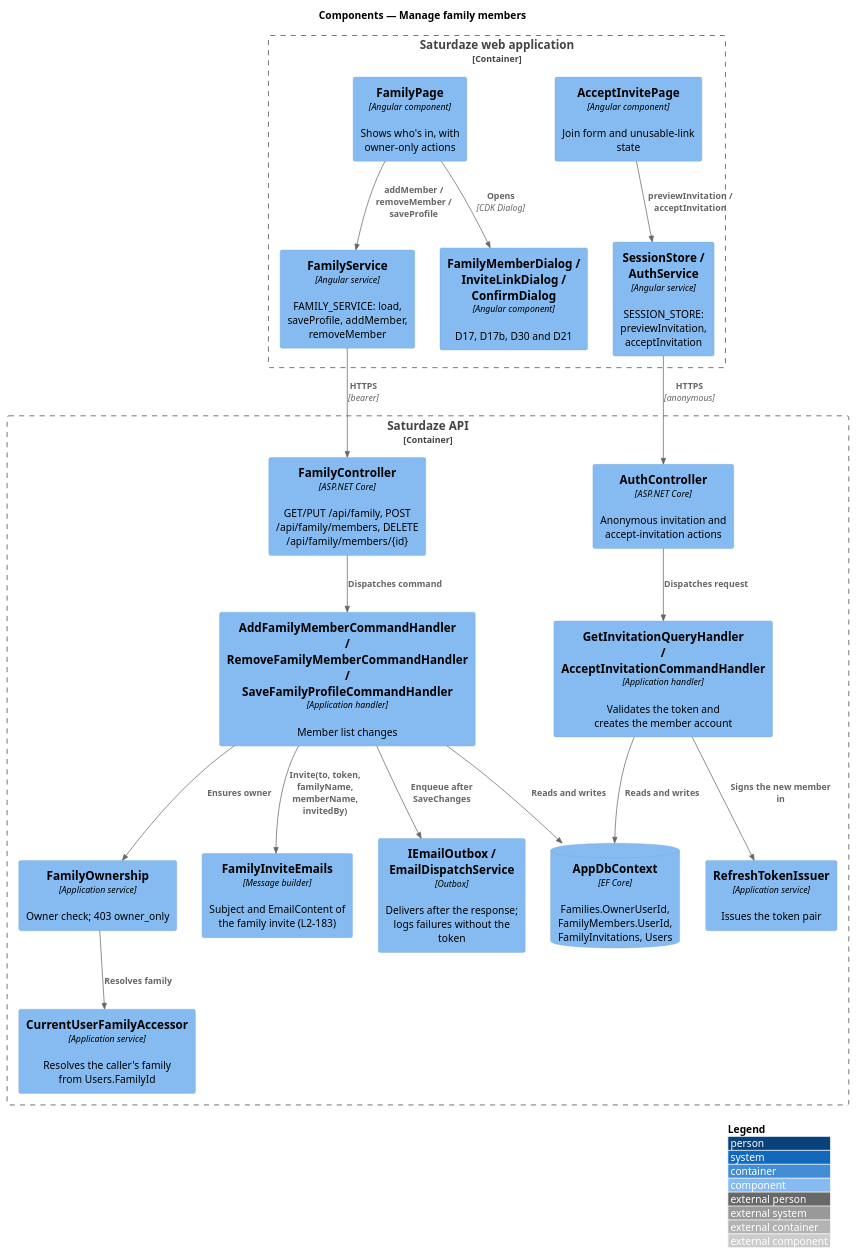
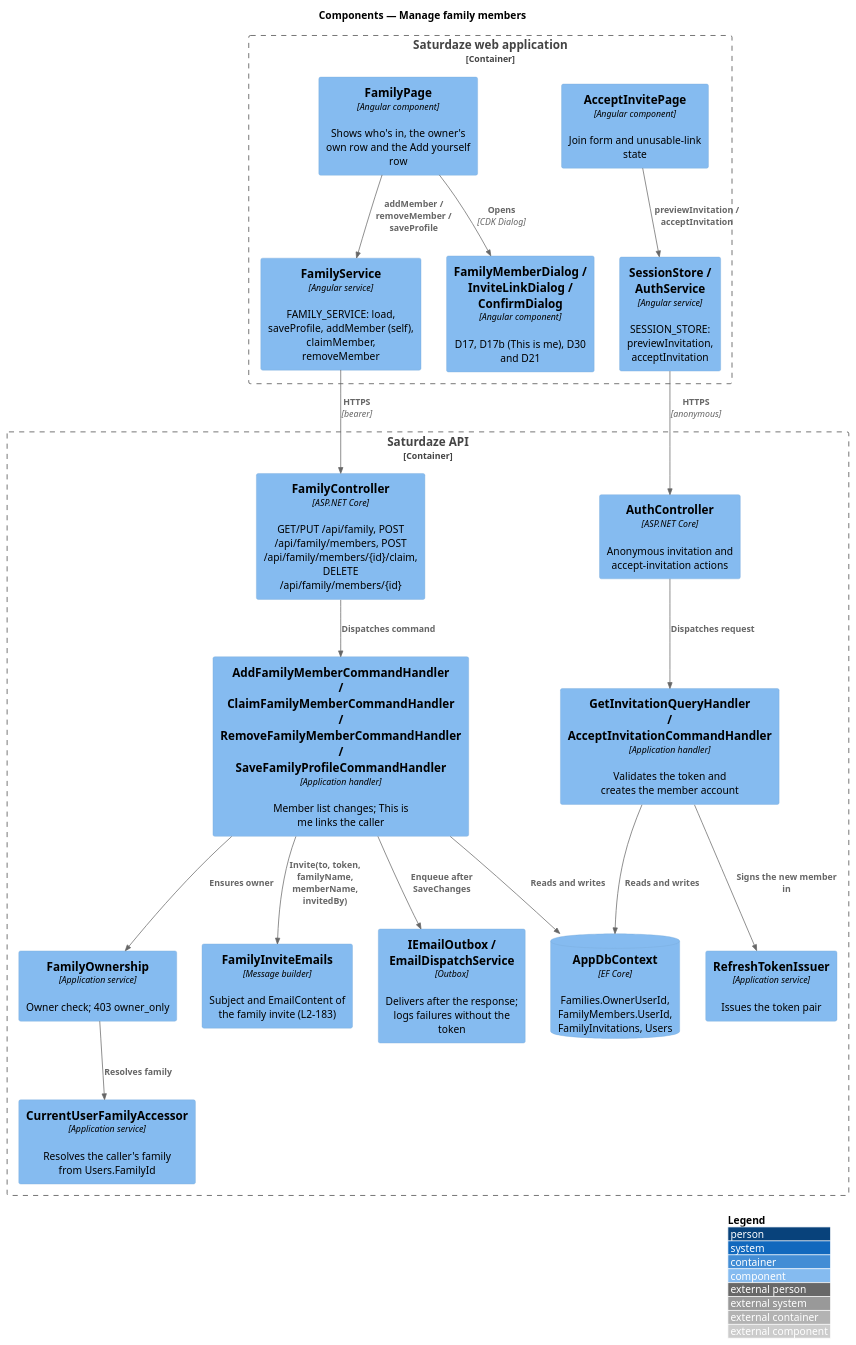
The diagram in docs/detailed-designs/identity-and-access/manage-family-members/diagrams/c4-component.puml (QuinntyneBrown/saturdaze), drawn with PlantUML before and after one commit. The commit also changed 13 other files, not shown here.

First line of the commit message:
Design: the family owner's own row, This is me and ADR-024

```diff
--- a/docs/detailed-designs/identity-and-access/manage-family-members/diagrams/c4-component.puml
+++ b/docs/detailed-designs/identity-and-access/manage-family-members/diagrams/c4-component.puml
@@ -1,39 +1,39 @@
 @startuml
 !include <C4/C4_Component>
 LAYOUT_WITH_LEGEND()
 title Components — Manage family members
 
 Container_Boundary(web, "Saturdaze web application") {
-  Component(page, "FamilyPage", "Angular component", "Shows who's in, with owner-only actions")
-  Component(dialogs, "FamilyMemberDialog / InviteLinkDialog / ConfirmDialog", "Angular component", "D17, D17b, D30 and D21")
+  Component(page, "FamilyPage", "Angular component", "Shows who's in, the owner's own row and the Add yourself row")
+  Component(dialogs, "FamilyMemberDialog / InviteLinkDialog / ConfirmDialog", "Angular component", "D17, D17b (This is me), D30 and D21")
   Component(accept, "AcceptInvitePage", "Angular component", "Join form and unusable-link state")
-  Component(family, "FamilyService", "Angular service", "FAMILY_SERVICE: load, saveProfile, addMember, removeMember")
+  Component(family, "FamilyService", "Angular service", "FAMILY_SERVICE: load, saveProfile, addMember (self), claimMember, removeMember")
   Component(session, "SessionStore / AuthService", "Angular service", "SESSION_STORE: previewInvitation, acceptInvitation")
 }
 Container_Boundary(api, "Saturdaze API") {
-  Component(familyCtl, "FamilyController", "ASP.NET Core", "GET/PUT /api/family, POST /api/family/members, DELETE /api/family/members/{id}")
+  Component(familyCtl, "FamilyController", "ASP.NET Core", "GET/PUT /api/family, POST /api/family/members, POST /api/family/members/{id}/claim, DELETE /api/family/members/{id}")
   Component(authCtl, "AuthController", "ASP.NET Core", "Anonymous invitation and accept-invitation actions")
-  Component(handlers, "AddFamilyMemberCommandHandler / RemoveFamilyMemberCommandHandler / SaveFamilyProfileCommandHandler", "Application handler", "Member list changes")
+  Component(handlers, "AddFamilyMemberCommandHandler / ClaimFamilyMemberCommandHandler / RemoveFamilyMemberCommandHandler / SaveFamilyProfileCommandHandler", "Application handler", "Member list changes; This is me links the caller")
   Component(invites, "GetInvitationQueryHandler / AcceptInvitationCommandHandler", "Application handler", "Validates the token and creates the member account")
   Component(owner, "FamilyOwnership", "Application service", "Owner check; 403 owner_only")
   Component(accessor, "CurrentUserFamilyAccessor", "Application service", "Resolves the caller's family from Users.FamilyId")
   Component(issuer, "RefreshTokenIssuer", "Application service", "Issues the token pair")
   Component(emails, "FamilyInviteEmails", "Message builder", "Subject and EmailContent of the family invite (L2-183)")
   Component(outbox, "IEmailOutbox / EmailDispatchService", "Outbox", "Delivers after the response; logs failures without the token")
   ComponentDb(db, "AppDbContext", "EF Core", "Families.OwnerUserId, FamilyMembers.UserId, FamilyInvitations, Users")
 }
 Rel(page, dialogs, "Opens", "CDK Dialog")
 Rel(page, family, "addMember / removeMember / saveProfile")
 Rel(accept, session, "previewInvitation / acceptInvitation")
 Rel(family, familyCtl, "HTTPS", "bearer")
 Rel(session, authCtl, "HTTPS", "anonymous")
 Rel(familyCtl, handlers, "Dispatches command")
 Rel(authCtl, invites, "Dispatches request")
 Rel(handlers, owner, "Ensures owner")
 Rel(owner, accessor, "Resolves family")
 Rel(invites, issuer, "Signs the new member in")
 Rel(handlers, db, "Reads and writes")
 Rel(handlers, emails, "Invite(to, token, familyName, memberName, invitedBy)")
 Rel(handlers, outbox, "Enqueue after SaveChanges")
 Rel(invites, db, "Reads and writes")
 @enduml
```
